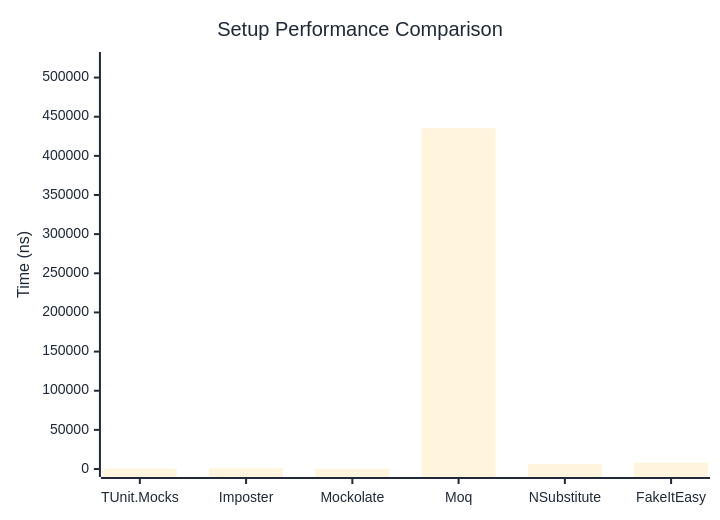
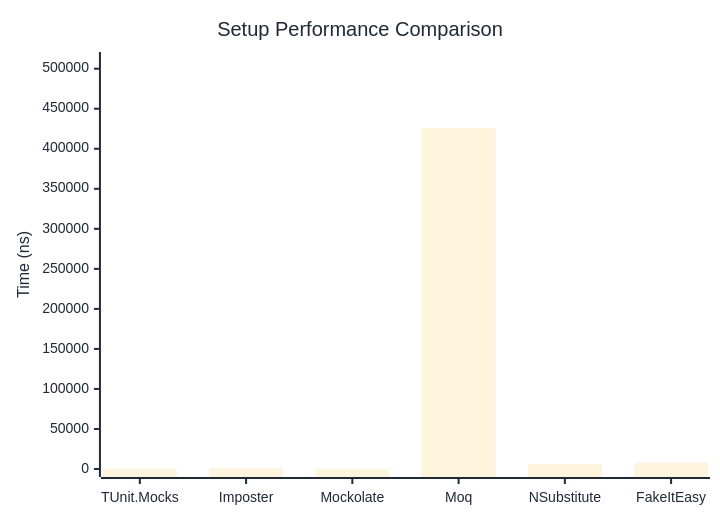
Before and after one commit to thomhurst/TUnit: the first of 2 diagrams in docs/docs/benchmarks/mocks/Setup.md, drawn with Mermaid. The commit also changed other lines of this file and 14 other files, not shown here.

````diff
--- a/docs/docs/benchmarks/mocks/Setup.md
+++ b/docs/docs/benchmarks/mocks/Setup.md
@@ -30,27 +30,27 @@
 ```mermaid
 %%{init: {
   'theme':'base',
   'themeVariables': {
     'primaryColor': '#2563eb',
     'primaryTextColor': '#1f2937',
     'primaryBorderColor': '#1e40af',
     'lineColor': '#6b7280',
     'secondaryColor': '#7c3aed',
     'tertiaryColor': '#dc2626',
     'background': '#ffffff',
     'pie1': '#2563eb',
     'pie2': '#7c3aed',
     'pie3': '#dc2626',
     'pie4': '#f59e0b',
     'pie5': '#10b981',
     'pie6': '#06b6d4',
     'pie7': '#ec4899',
     'pie8': '#6366f1'
   }
 }}%%
 xychart-beta
   title "Setup Performance Comparison"
   x-axis ["TUnit.Mocks", "Imposter", "Mockolate", "Moq", "NSubstitute", "FakeItEasy"]
-  y-axis "Time (ns)" 0 --> 522447
-  bar [522, 818.2, 295.9, 435371.9, 6280.6, 7993.2]
+  y-axis "Time (ns)" 0 --> 510877
+  bar [499.6, 743.5, 293.4, 425730.6, 6194.8, 7938.8]
 ```
````
